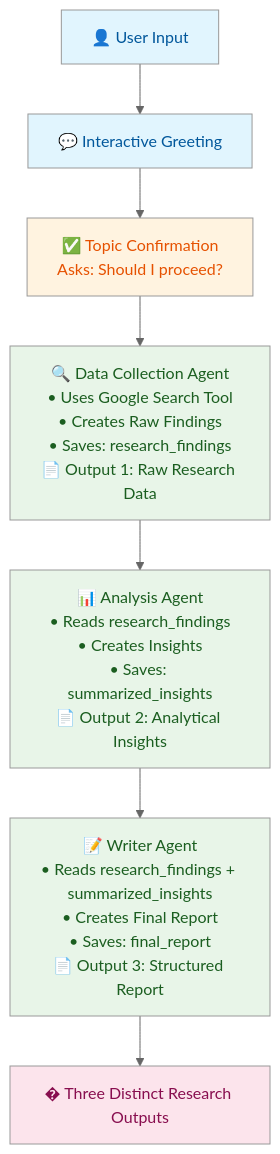
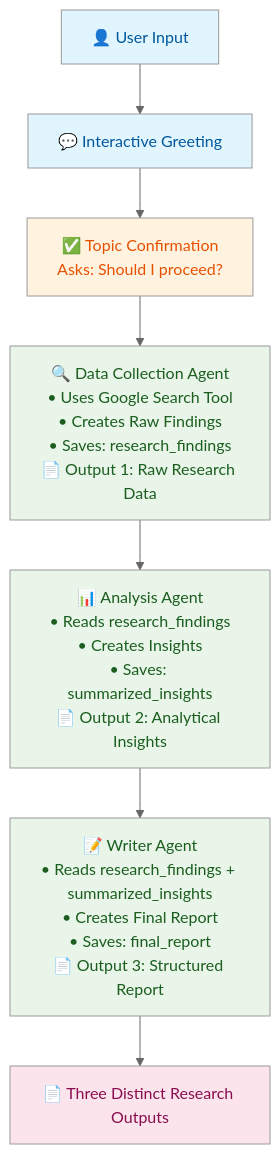
One commit to Timonwa/ai-research-assistant changed the diagram in README.md. Above: the diagram before and after it, drawn with Mermaid (neutral theme). The commit also changed other lines of this file, not shown here.

Commit message:
feat: update README for improved clarity and organization; enhance project structure section and correct output labels

````diff
--- a/README.md
+++ b/README.md
@@ -37,28 +53,28 @@
 ```mermaid
 graph TB
     %% User Interaction
     User[👤 User Input] --> Greeting[💬 Interactive Greeting]
 
     %% Topic Confirmation
     Greeting --> Confirm[✅ Topic Confirmation<br/>Asks: Should I proceed?]
 
     %% Sequential Agent Workflow - 3 Distinct Outputs
     Confirm --> DataAgent[🔍 Data Collection Agent<br/>• Uses Google Search Tool<br/>• Creates Raw Findings<br/>• Saves: research_findings<br/>📄 Output 1: Raw Research Data]
 
     DataAgent --> AnalysisAgent[📊 Analysis Agent<br/>• Reads research_findings<br/>• Creates Insights<br/>• Saves: summarized_insights<br/>📄 Output 2: Analytical Insights]
 
     AnalysisAgent --> WriterAgent[📝 Writer Agent<br/>• Reads research_findings + summarized_insights<br/>• Creates Final Report<br/>• Saves: final_report<br/>📄 Output 3: Structured Report]
 
-    WriterAgent --> Output[� Three Distinct Research Outputs]
+    WriterAgent --> Output[📄 Three Distinct Research Outputs]
 
     %% Styling
     classDef userLayer fill:#e1f5fe,color:#01579b
     classDef confirmLayer fill:#fff3e0,color:#e65100
     classDef agentLayer fill:#e8f5e8,color:#1b5e20
     classDef outputLayer fill:#fce4ec,color:#880e4f
 
     class User,Greeting userLayer
     class Confirm confirmLayer
     class DataAgent,AnalysisAgent,WriterAgent agentLayer
     class Output outputLayer
 ```
````
